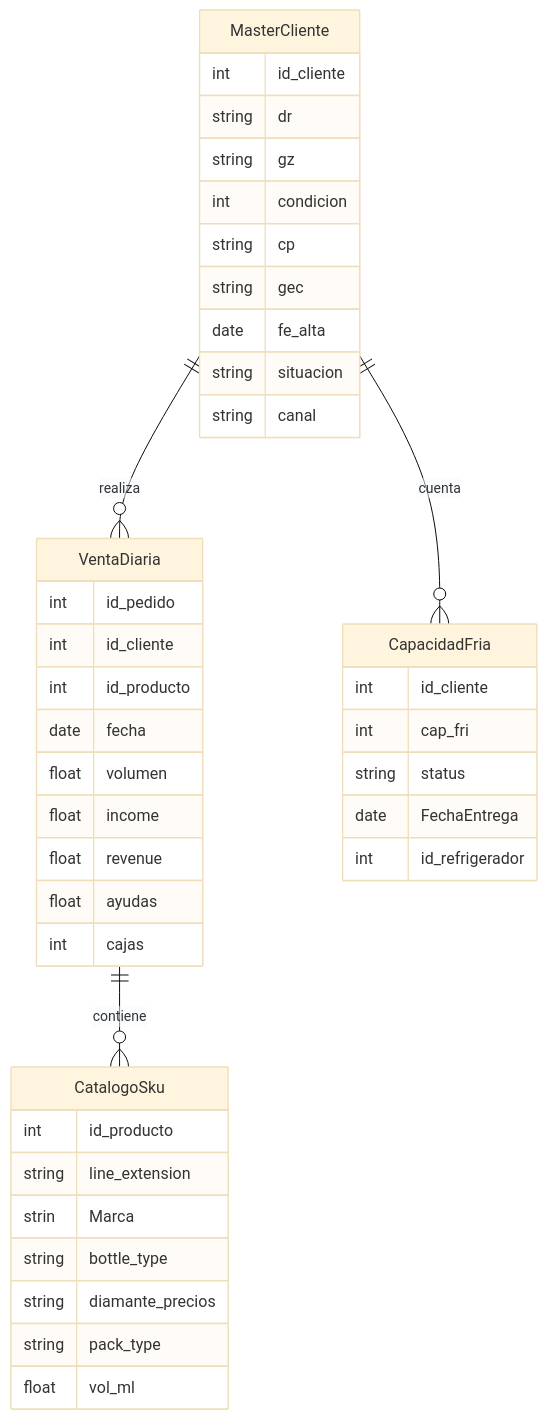
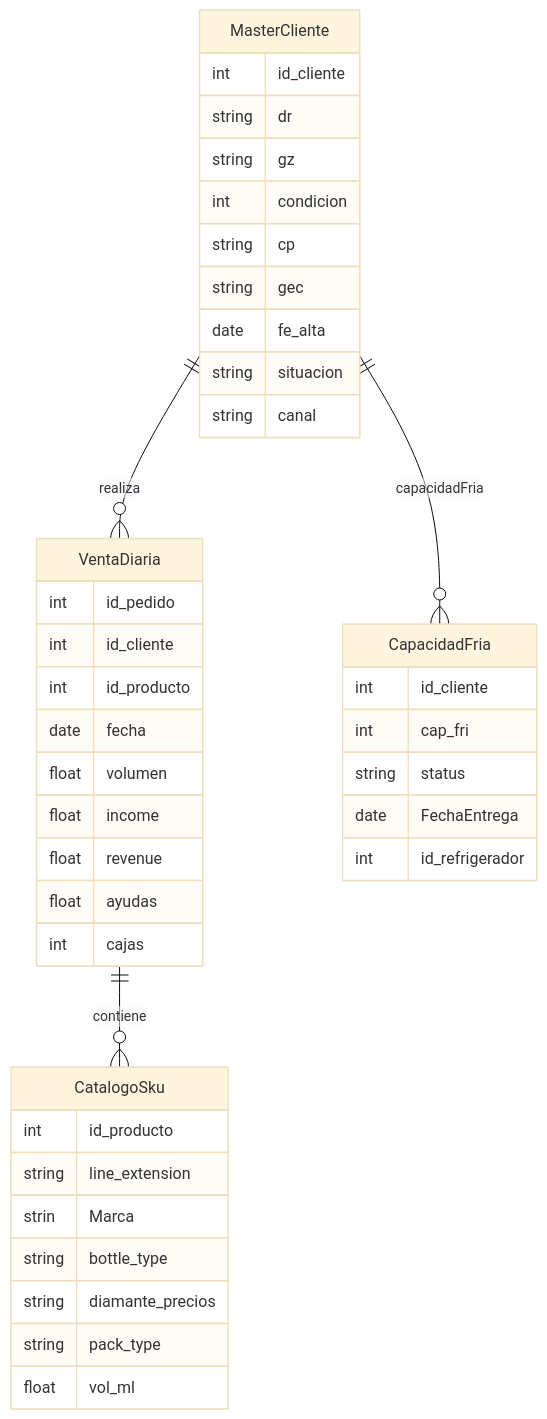
Before and after one commit to aldojda/ClaseBDRelacionales: the diagram in tarea3.md, drawn with Mermaid (base theme). The commit also changed other lines of this file, not shown here.

````diff
--- a/tarea3.md
+++ b/tarea3.md
@@ -29,44 +21,45 @@
 ```mermaid
 erDiagram
     MasterCliente ||--o{ VentaDiaria : realiza
     MasterCliente {
         int id_cliente
         string dr
         string gz
         int condicion
         string cp
         string gec
         date fe_alta
         string situacion
         string canal
     }
     VentaDiaria {
         int id_pedido
         int id_cliente
         int id_producto
         date fecha
         float volumen 
         float income
         float revenue
         float ayudas
         int   cajas
         }
-    MasterCliente ||--o{ CapacidadFria : cuenta
+    MasterCliente ||--o{ CapacidadFria : capacidadFria
+
     CapacidadFria {
         int id_cliente
         int cap_fri
         string status
         date FechaEntrega
         int id_refrigerador 
         }
     VentaDiaria ||--o{ CatalogoSku : contiene
     CatalogoSku {
         int id_producto
         string line_extension
         strin  Marca
         string bottle_type
         string diamante_precios
         string  pack_type
         float vol_ml 
         }
 ```
````
